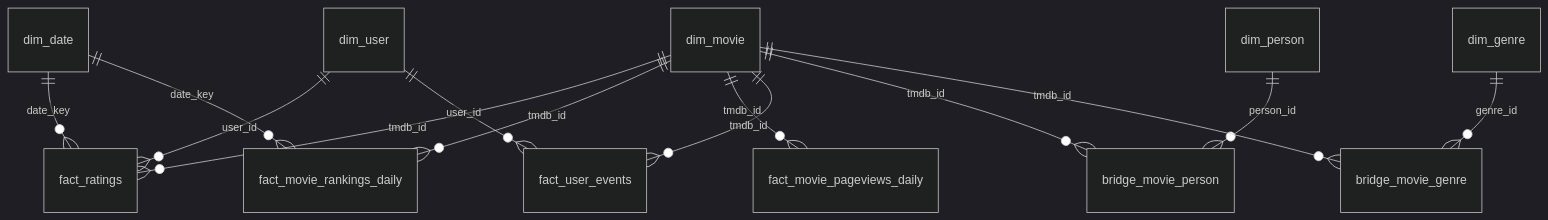
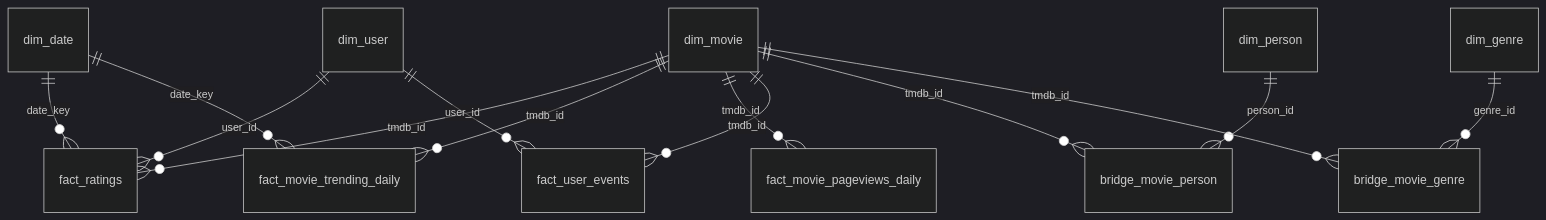
Before and after one commit to kawthar-khayet/CineMatch: the second of 4 diagrams in ARCHITECTURE.md, drawn with Mermaid (dark theme). The commit also changed other lines of this file and 31 other files, not shown here.

````diff
--- a/ARCHITECTURE.md
+++ b/ARCHITECTURE.md
@@ -138,15 +138,15 @@
 ```mermaid
 erDiagram
     dim_movie ||--o{ fact_ratings : tmdb_id
-    dim_movie ||--o{ fact_movie_rankings_daily : tmdb_id
+    dim_movie ||--o{ fact_movie_trending_daily : tmdb_id
     dim_movie ||--o{ fact_movie_pageviews_daily : tmdb_id
     dim_movie ||--o{ fact_user_events : tmdb_id
     dim_movie ||--o{ bridge_movie_person : tmdb_id
     dim_person ||--o{ bridge_movie_person : person_id
     dim_movie ||--o{ bridge_movie_genre : tmdb_id
     dim_genre ||--o{ bridge_movie_genre : genre_id
     dim_user ||--o{ fact_ratings : user_id
     dim_user ||--o{ fact_user_events : user_id
     dim_date ||--o{ fact_ratings : date_key
-    dim_date ||--o{ fact_movie_rankings_daily : date_key
+    dim_date ||--o{ fact_movie_trending_daily : date_key
 ```
````
